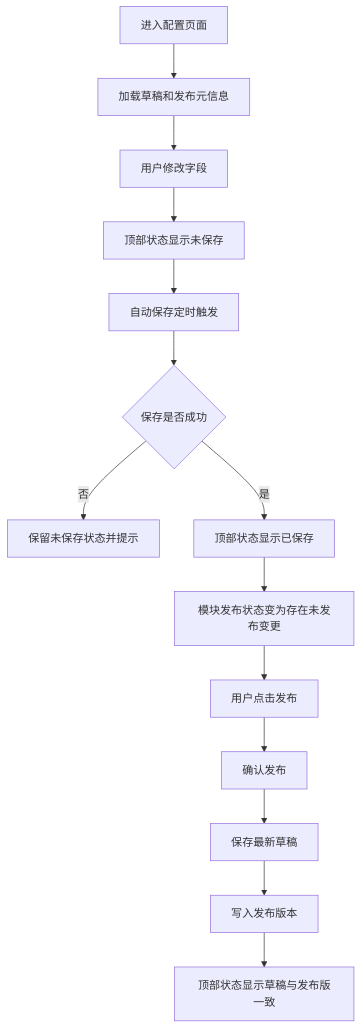
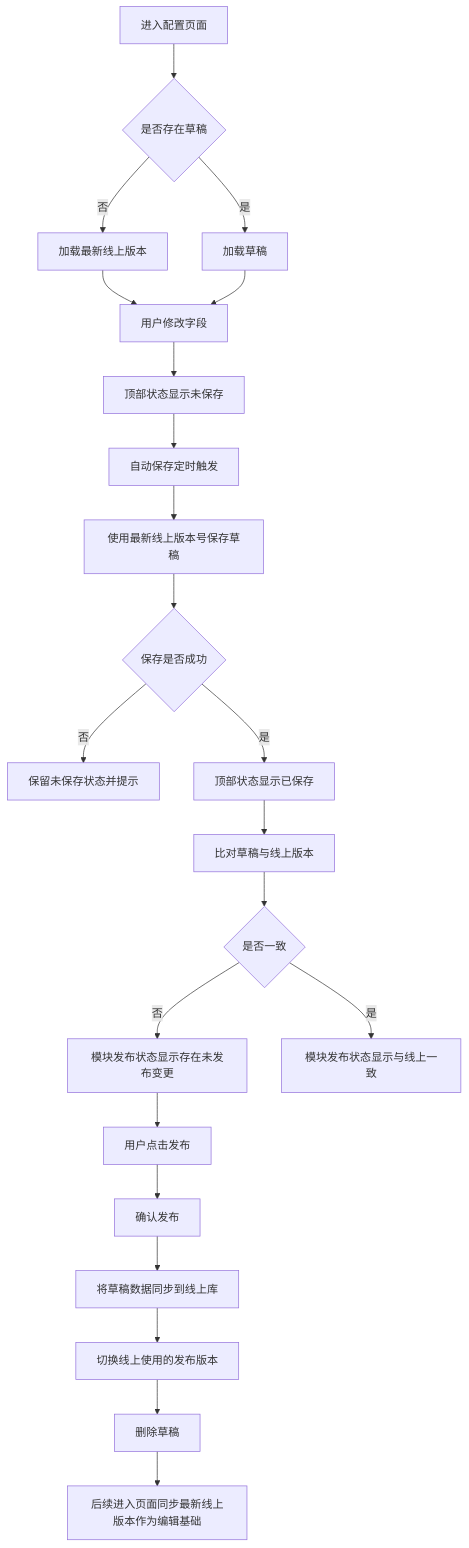
The second of 7 diagrams in docs/admin-prd.md (AAAlan/webstore_oversea), drawn with Mermaid before and after one commit. The commit also changed other lines of this file and 3 other files, not shown here.

````diff
--- a/docs/admin-prd.md
+++ b/docs/admin-prd.md
@@ -66,16 +66,24 @@
 ```mermaid
 flowchart TD
-  A[进入配置页面] --> B[加载草稿和发布元信息]
-  B --> C[用户修改字段]
-  C --> D[顶部状态显示未保存]
-  D --> E[自动保存定时触发]
-  E --> F{保存是否成功}
-  F -- 否 --> G[保留未保存状态并提示]
-  F -- 是 --> H[顶部状态显示已保存]
-  H --> I[模块发布状态变为存在未发布变更]
-  I --> J[用户点击发布]
-  J --> K[确认发布]
-  K --> L[保存最新草稿]
-  L --> M[写入发布版本]
-  M --> N[顶部状态显示草稿与发布版一致]
+  A[进入配置页面] --> B{是否存在草稿}
+  B -- 否 --> C[加载最新线上版本]
+  B -- 是 --> D[加载草稿]
+  C --> E[用户修改字段]
+  D --> E
+  E --> F[顶部状态显示未保存]
+  F --> G[自动保存定时触发]
+  G --> H[使用最新线上版本号保存草稿]
+  H --> I{保存是否成功}
+  I -- 否 --> J[保留未保存状态并提示]
+  I -- 是 --> K[顶部状态显示已保存]
+  K --> L[比对草稿与线上版本]
+  L --> M{是否一致}
+  M -- 否 --> N[模块发布状态显示存在未发布变更]
+  M -- 是 --> O[模块发布状态显示与线上一致]
+  N --> P[用户点击发布]
+  P --> Q[确认发布]
+  Q --> R[将草稿数据同步到线上库]
+  R --> S[切换线上使用的发布版本]
+  S --> T[删除草稿]
+  T --> U[后续进入页面同步最新线上版本作为编辑基础]
 ```
````
